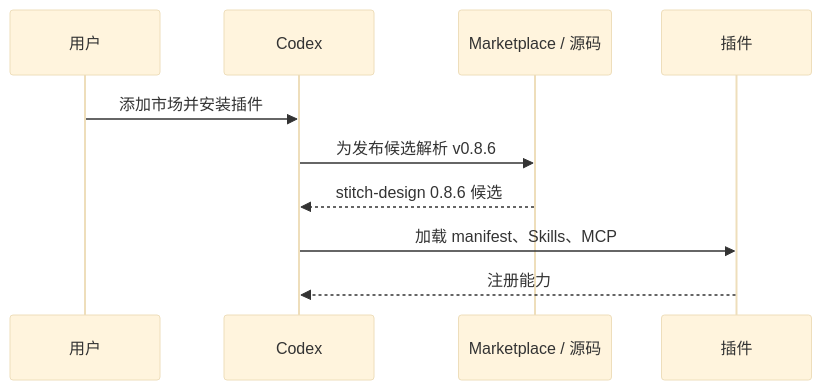
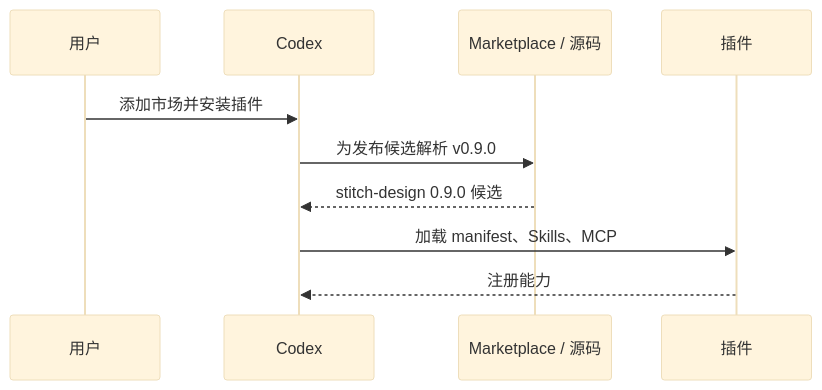
The seventh of 11 diagrams in docs/Stitch-Design-Architecture.zh_CN.md (full-stack-plugins/stitch-design-plugin), drawn with Mermaid (base theme) before and after one commit. The commit also changed other lines of this file and 14 other files, not shown here.

````diff
--- a/docs/Stitch-Design-Architecture.zh_CN.md
+++ b/docs/Stitch-Design-Architecture.zh_CN.md
@@ -173,12 +173,12 @@
 ```mermaid
 sequenceDiagram
     participant U as 用户
     participant C as Codex
     participant M as Marketplace / 源码
     participant P as 插件
     U->>C: 添加市场并安装插件
-    C->>M: 为发布候选解析 v0.8.6
-    M-->>C: stitch-design 0.8.6 候选
+    C->>M: 为发布候选解析 v0.9.0
+    M-->>C: stitch-design 0.9.0 候选
     C->>P: 加载 manifest、Skills、MCP
     P-->>C: 注册能力
 ```
````
